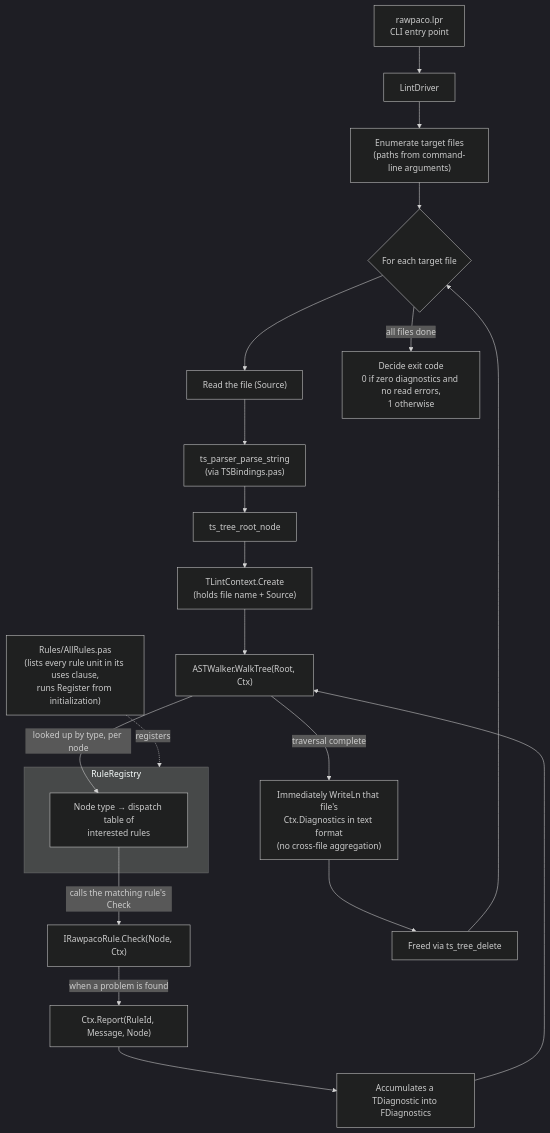
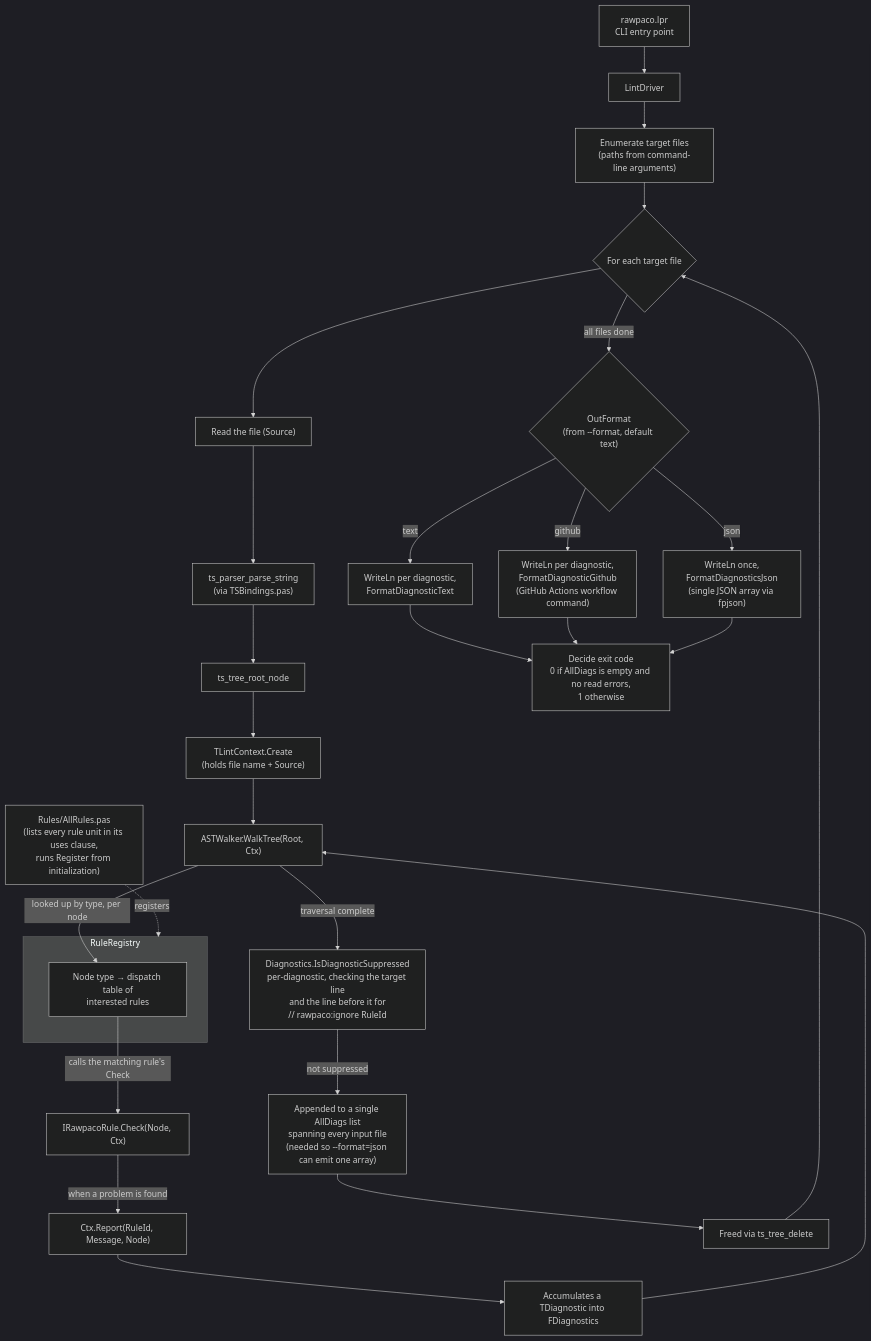
One commit to tankoha/rawpaco changed the second of 3 diagrams in docs/SYSTEM_FLOW.md. Above: the diagram before and after it, drawn with Mermaid (dark theme). The commit also changed other lines of this file and 14 other files, not shown here.

First line of the commit message:
Implement --format (text/github/json) and rawpaco:ignore suppression comments

````diff
--- a/docs/SYSTEM_FLOW.md
+++ b/docs/SYSTEM_FLOW.md
@@ -38,29 +38,36 @@
 ```mermaid
 flowchart TD
     CLI["rawpaco.lpr\nCLI entry point"] --> Driver["LintDriver"]
     Driver --> Enum["Enumerate target files\n(paths from command-line arguments)"]
     Enum --> FileLoop{"For each target file"}
 
     FileLoop --> Read["Read the file (Source)"]
     Read --> Parse["ts_parser_parse_string\n(via TSBindings.pas)"]
     Parse --> Root["ts_tree_root_node"]
     Root --> Ctx["TLintContext.Create\n(holds file name + Source)"]
     Ctx --> Walk["ASTWalker.WalkTree(Root, Ctx)"]
 
     subgraph Registry["RuleRegistry"]
         Dispatch["Node type → dispatch table of\ninterested rules"]
     end
 
     AllRules["Rules/AllRules.pas\n(lists every rule unit in its uses clause,\nruns Register from initialization)"] -. registers .-> Registry
 
     Walk -->|"looked up by type, per node"| Dispatch
     Dispatch -->|"calls the matching rule's Check"| RuleCheck["IRawpacoRule.Check(Node, Ctx)"]
     RuleCheck -->|"when a problem is found"| Report["Ctx.Report(RuleId, Message, Node)"]
     Report --> DiagList["Accumulates a TDiagnostic into FDiagnostics"]
     DiagList --> Walk
 
-    Walk -->|"traversal complete"| PrintFile["Immediately WriteLn that file's\nCtx.Diagnostics in text format\n(no cross-file aggregation)"]
-    PrintFile --> FreeTree["Freed via ts_tree_delete"]
+    Walk -->|"traversal complete"| Suppress["Diagnostics.IsDiagnosticSuppressed\nper-diagnostic, checking the target line\nand the line before it for\n// rawpaco:ignore RuleId"]
+    Suppress -->|"not suppressed"| AllDiags["Appended to a single AllDiags list\nspanning every input file\n(needed so --format=json can emit one array)"]
+    AllDiags --> FreeTree["Freed via ts_tree_delete"]
     FreeTree --> FileLoop
-    FileLoop -->|"all files done"| ExitCode["Decide exit code\n0 if zero diagnostics and no read errors,\n1 otherwise"]
+    FileLoop -->|"all files done"| Format{"OutFormat\n(from --format, default text)"}
+    Format -->|"text"| PrintText["WriteLn per diagnostic,\nFormatDiagnosticText"]
+    Format -->|"github"| PrintGithub["WriteLn per diagnostic,\nFormatDiagnosticGithub\n(GitHub Actions workflow command)"]
+    Format -->|"json"| PrintJson["WriteLn once,\nFormatDiagnosticsJson\n(single JSON array via fpjson)"]
+    PrintText --> ExitCode["Decide exit code\n0 if AllDiags is empty and no read errors,\n1 otherwise"]
+    PrintGithub --> ExitCode
+    PrintJson --> ExitCode
 ```
````
